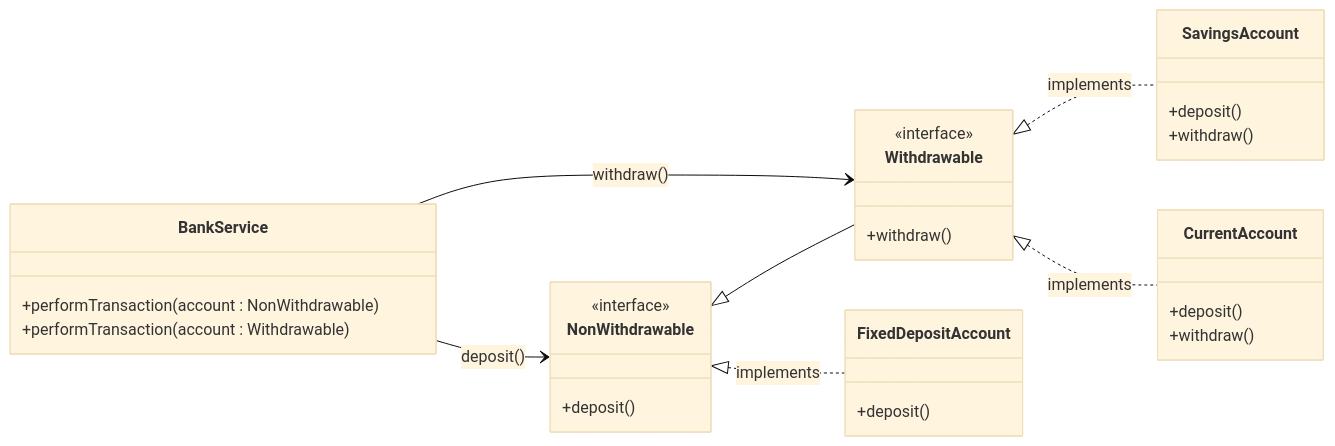
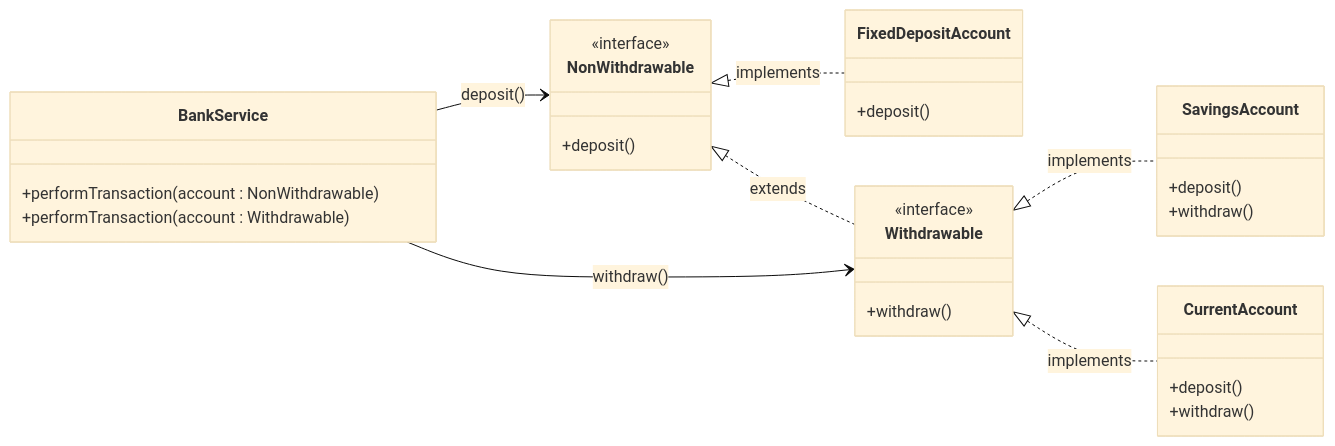
Before and after one commit to bhargavi1973/System-Design: the second of 2 diagrams in 03-LSP/READ.md, drawn with Mermaid (base theme). The commit also changed other lines of this file, not shown here.

````diff
--- a/03-LSP/READ.md
+++ b/03-LSP/READ.md
@@ -46,43 +38,43 @@
 ```mermaid
 classDiagram
 
 direction LR
 
 class NonWithdrawable {
     <<interface>>
     +deposit()
 }
 
 class Withdrawable {
     <<interface>>
     +withdraw()
 }
 
 class SavingsAccount {
     +deposit()
     +withdraw()
 }
 
 class CurrentAccount {
     +deposit()
     +withdraw()
 }
 
 class FixedDepositAccount {
     +deposit()
 }
 
 class BankService {
     +performTransaction(account : NonWithdrawable)
     +performTransaction(account : Withdrawable)
 }
 
-NonWithdrawable <|-- Withdrawable
 
 Withdrawable <|.. SavingsAccount : implements
 Withdrawable <|.. CurrentAccount : implements
 NonWithdrawable <|.. FixedDepositAccount : implements
+NonWithdrawable <|.. Withdrawable : extends
 
 BankService --> NonWithdrawable : deposit()
 BankService --> Withdrawable : withdraw()
 ```
````
